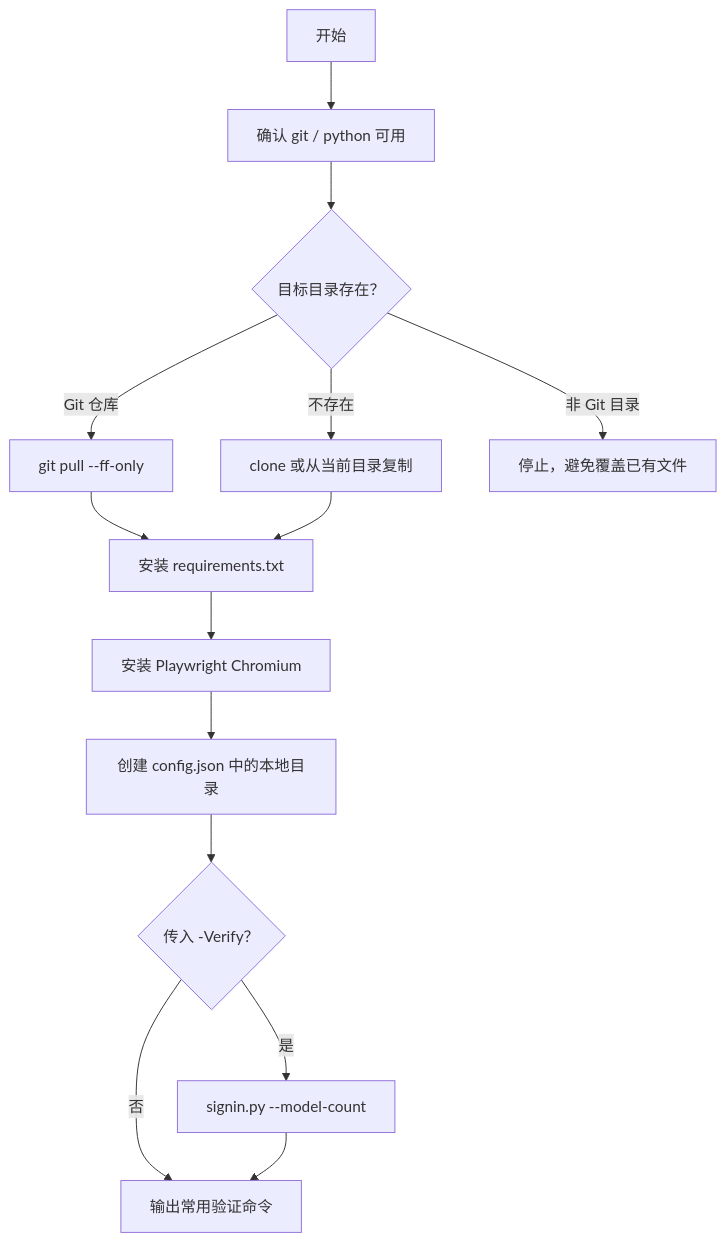
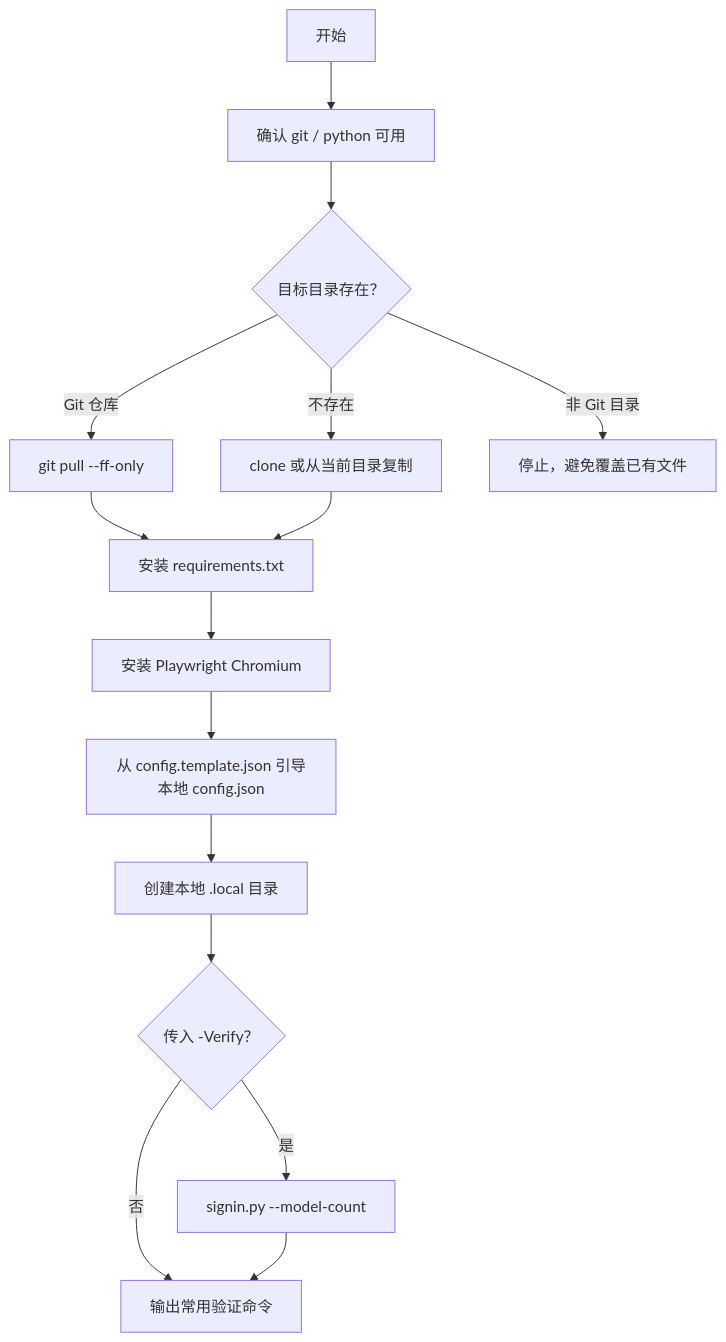
Before and after one commit to vegetpig/super-imyaigc-signin: the diagram in INSTALL.md, drawn with Mermaid. The commit also changed other lines of this file and 15 other files, not shown here.

Commit message:
Harden zero-install flow and remove local secrets

````diff
--- a/INSTALL.md
+++ b/INSTALL.md
@@ -41,16 +47,17 @@
 ```mermaid
 flowchart TD
     A["开始"] --> B["确认 git / python 可用"]
     B --> C{"目标目录存在？"}
     C -->|"Git 仓库"| D["git pull --ff-only"]
     C -->|"不存在"| E["clone 或从当前目录复制"]
     C -->|"非 Git 目录"| X["停止，避免覆盖已有文件"]
     D --> F["安装 requirements.txt"]
     E --> F
     F --> G["安装 Playwright Chromium"]
-    G --> H["创建 config.json 中的本地目录"]
-    H --> I{"传入 -Verify？"}
-    I -->|"是"| J["signin.py --model-count"]
-    I -->|"否"| K["输出常用验证命令"]
-    J --> K
+    G --> H["从 config.template.json 引导本地 config.json"]
+    H --> I["创建本地 .local 目录"]
+    I --> J{"传入 -Verify？"}
+    J -->|"是"| K["signin.py --model-count"]
+    J -->|"否"| L["输出常用验证命令"]
+    K --> L
 ```
````
